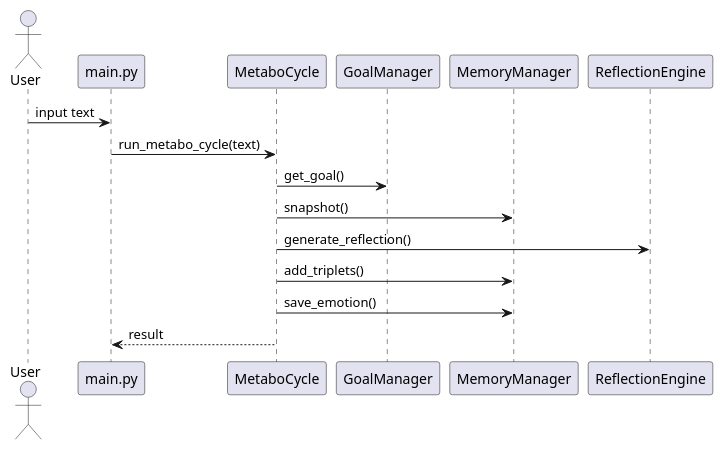
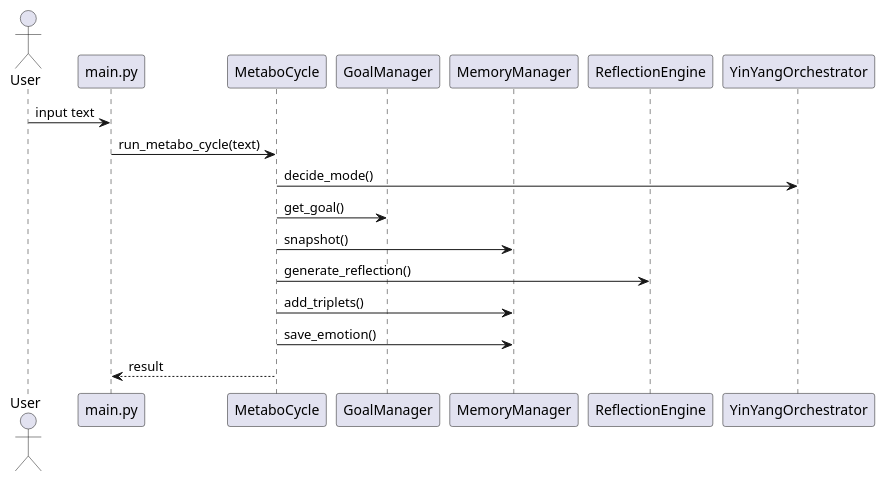
One commit to marcusreimold/MetaboMind changed the diagram in doc/diagrams/sequence_diagram.puml. Above: the diagram before and after it, drawn with PlantUML. The commit also changed 7 other files, not shown here.

Commit message:
Add Yin-Yang orchestrator and integrate mode switching

```diff
--- a/doc/diagrams/sequence_diagram.puml
+++ b/doc/diagrams/sequence_diagram.puml
@@ -1,16 +1,18 @@
 @startuml
 actor User
 participant "main.py" as Main
 participant MetaboCycle
 participant GoalManager
 participant MemoryManager
 participant ReflectionEngine
+participant YinYangOrchestrator
 User -> Main: input text
 Main -> MetaboCycle: run_metabo_cycle(text)
+MetaboCycle -> YinYangOrchestrator: decide_mode()
 MetaboCycle -> GoalManager: get_goal()
 MetaboCycle -> MemoryManager: snapshot()
 MetaboCycle -> ReflectionEngine: generate_reflection()
 MetaboCycle -> MemoryManager: add_triplets()
 MetaboCycle -> MemoryManager: save_emotion()
 MetaboCycle --> Main: result
 @enduml
```
